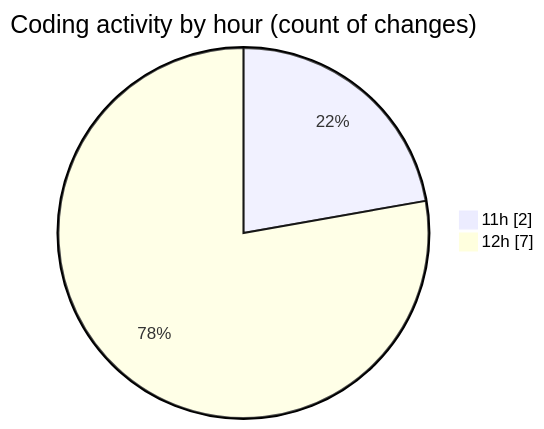
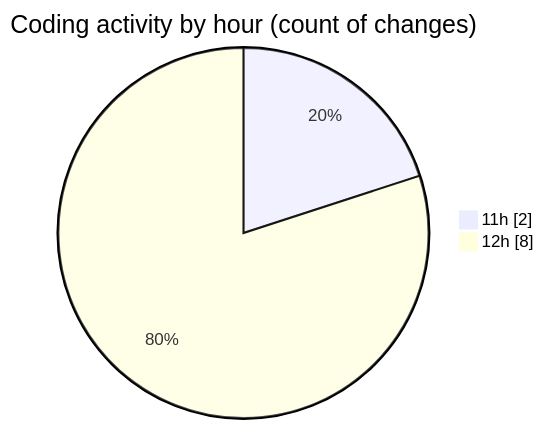
Before and after one commit to NitaiMahat/code-tracking: the second of 2 diagrams in 2025-02-05/computer_202/README.md, drawn with Mermaid. The commit also changed other lines of this file and 1 other file, not shown here.

````diff
--- a/2025-02-05/computer_202/README.md
+++ b/2025-02-05/computer_202/README.md
@@ -30,6 +30,6 @@
 ```mermaid
 pie showData
 title Coding activity by hour (count of changes)
 "11h" : 2
-"12h" : 7
+"12h" : 8
 ```
````
